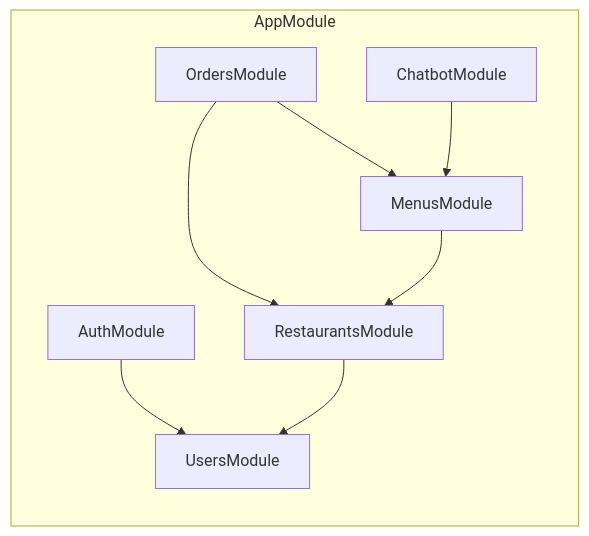
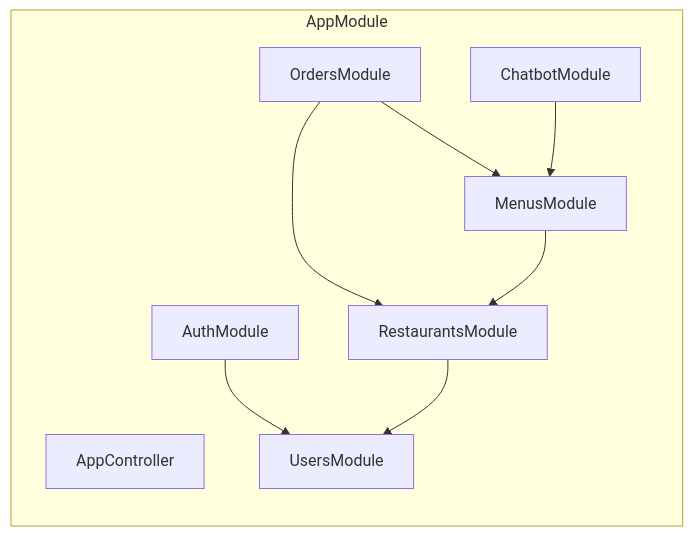
One commit to noumanh11/FoodRush changed the second of 9 diagrams in docs/architecture.md. Above: the diagram before and after it, drawn with Mermaid. The commit also changed other lines of this file and 5 other files, not shown here.

Commit message:
docs: fix ERD mermaid syntax and update README for seed data, assets, and API health

````diff
--- a/docs/architecture.md
+++ b/docs/architecture.md
@@ -59,18 +59,19 @@
 ```mermaid
 flowchart LR
     subgraph AppModule
+        AppController["AppController"]
         AuthModule["AuthModule"]
         UsersModule["UsersModule"]
         RestaurantsModule["RestaurantsModule"]
         MenusModule["MenusModule"]
         OrdersModule["OrdersModule"]
         ChatbotModule["ChatbotModule"]
     end
 
     AuthModule --> UsersModule
     RestaurantsModule --> UsersModule
     MenusModule --> RestaurantsModule
     OrdersModule --> MenusModule
     OrdersModule --> RestaurantsModule
     ChatbotModule --> MenusModule
 ```
````
